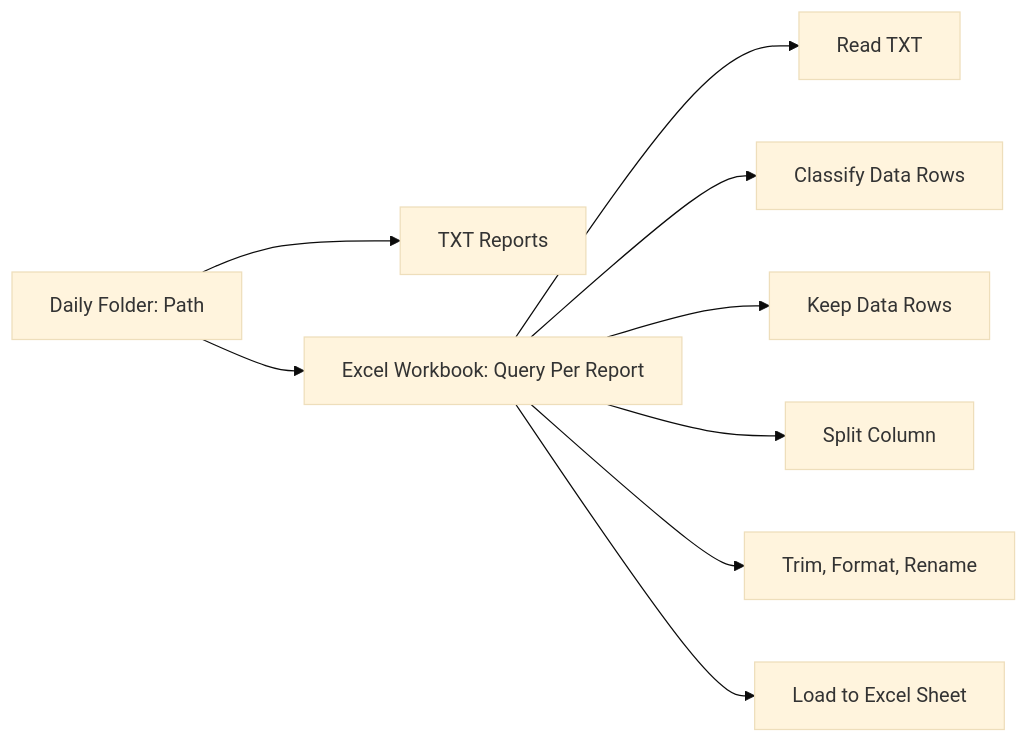
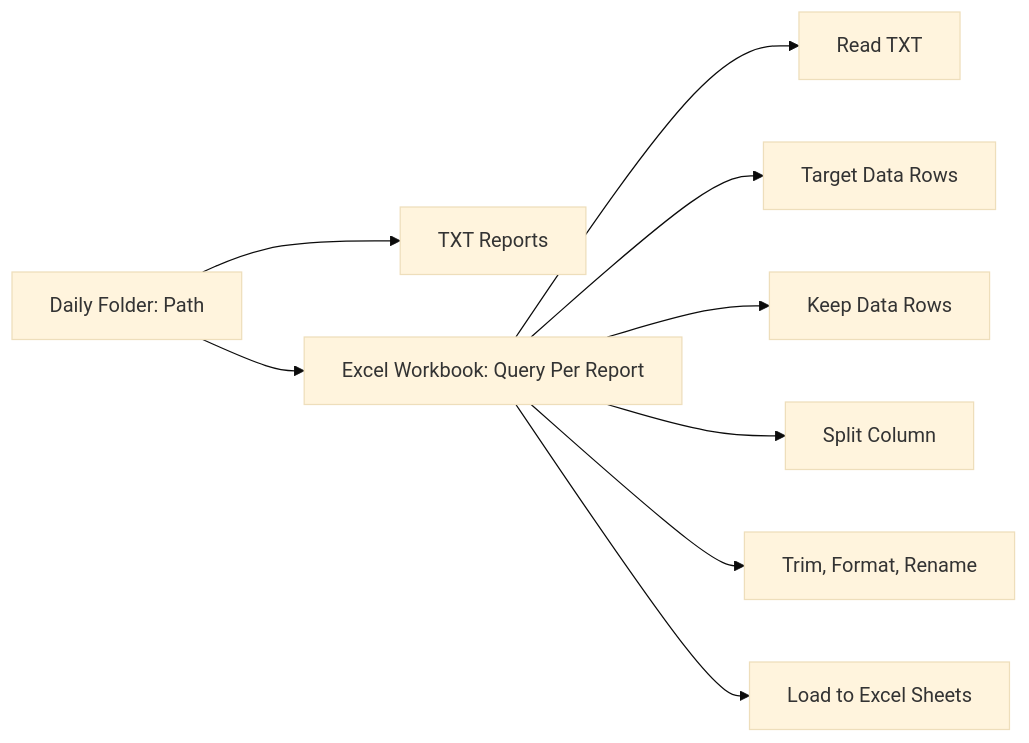
Before and after one commit to Eddie-Zhu-IRL/banking-report-etl-powerquery: the diagram in README.md, drawn with Mermaid (base theme). The commit also changed other lines of this file, not shown here.

````diff
--- a/README.md
+++ b/README.md
@@ -60,11 +60,11 @@
 ```mermaid
 graph LR;
 A[Daily&nbsp;Folder:&nbsp;Path] --> B[TXT Reports];
 A[Daily&nbsp;Folder:&nbsp;Path] --> C[Excel&nbsp;Workbook:&nbsp;Query&nbsp;Per&nbsp;Report];
 C[Excel&nbsp;Workbook:&nbsp;Query&nbsp;Per&nbsp;Report] --> D[Read TXT];
-C[Excel&nbsp;Workbook:&nbsp;Query&nbsp;Per&nbsp;Report] --> E[Classify&nbsp;Data&nbsp;Rows];
+C[Excel&nbsp;Workbook:&nbsp;Query&nbsp;Per&nbsp;Report] --> E[Target&nbsp;Data&nbsp;Rows];
 C[Excel&nbsp;Workbook:&nbsp;Query&nbsp;Per&nbsp;Report] --> F[Keep&nbsp;Data&nbsp;Rows];
 C[Excel&nbsp;Workbook:&nbsp;Query&nbsp;Per&nbsp;Report] --> G[Split Column];
 C[Excel&nbsp;Workbook:&nbsp;Query&nbsp;Per&nbsp;Report] --> H[Trim,&nbsp;Format,&nbsp;Rename];
-C[Excel&nbsp;Workbook:&nbsp;Query&nbsp;Per&nbsp;Report] --> I[Load&nbsp;to&nbsp;Excel&nbsp;Sheet]
+C[Excel&nbsp;Workbook:&nbsp;Query&nbsp;Per&nbsp;Report] --> I[Load&nbsp;to&nbsp;Excel&nbsp;Sheets]
 ```
````
